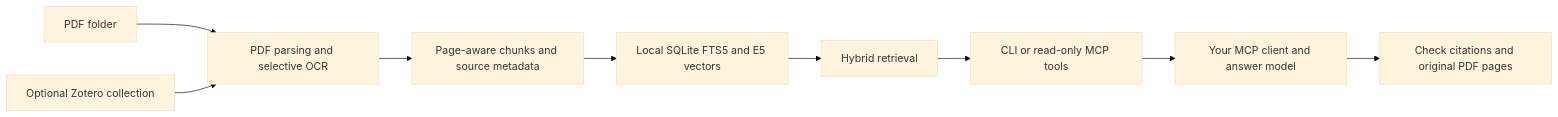
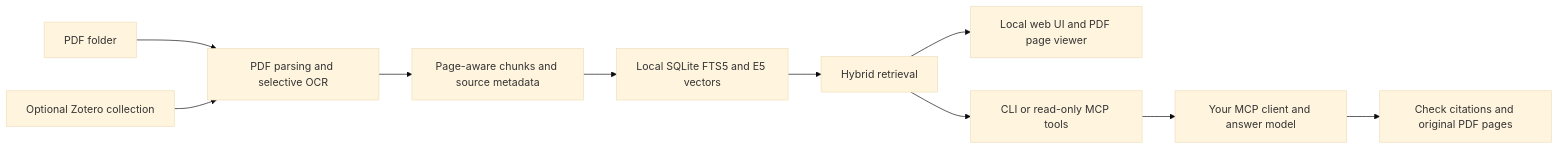
The diagram in README.md (FrankPan-30/epilepsy-research-rag), drawn with Mermaid (base theme) before and after one commit. The commit also changed other lines of this file and 21 other files, not shown here.

Commit message:
Add bilingual local web UI for PDF research libraries

````diff
--- a/README.md
+++ b/README.md
@@ -54,11 +73,12 @@
 ```mermaid
 flowchart LR
     A[PDF folder] --> B[PDF parsing and selective OCR]
     Z[Optional Zotero collection] --> B
     B --> C[Page-aware chunks and source metadata]
     C --> D[Local SQLite FTS5 and E5 vectors]
     D --> E[Hybrid retrieval]
+    E --> W[Local web UI and PDF page viewer]
     E --> F[CLI or read-only MCP tools]
     F --> G[Your MCP client and answer model]
     G --> H[Check citations and original PDF pages]
 ```
````
